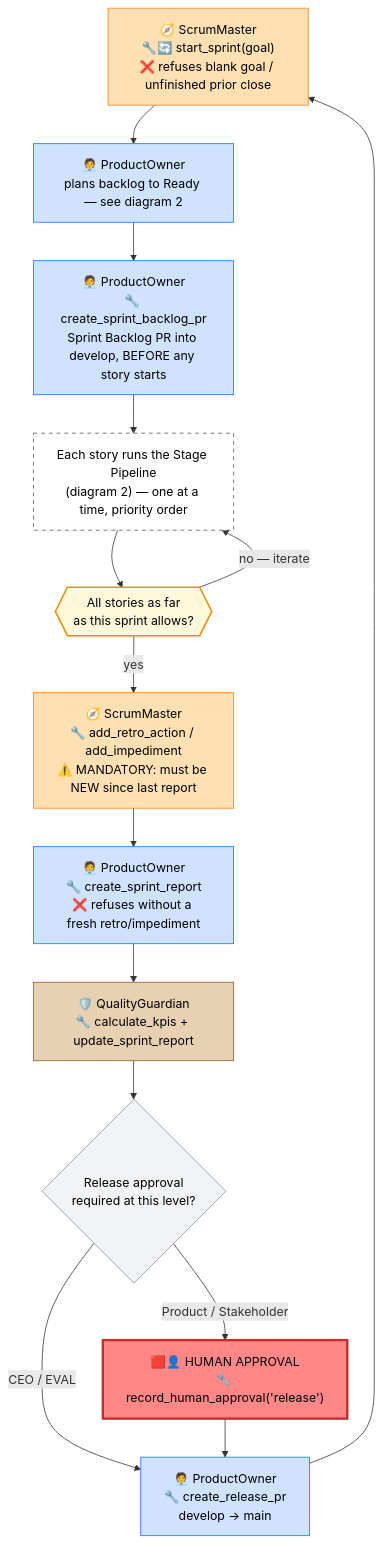
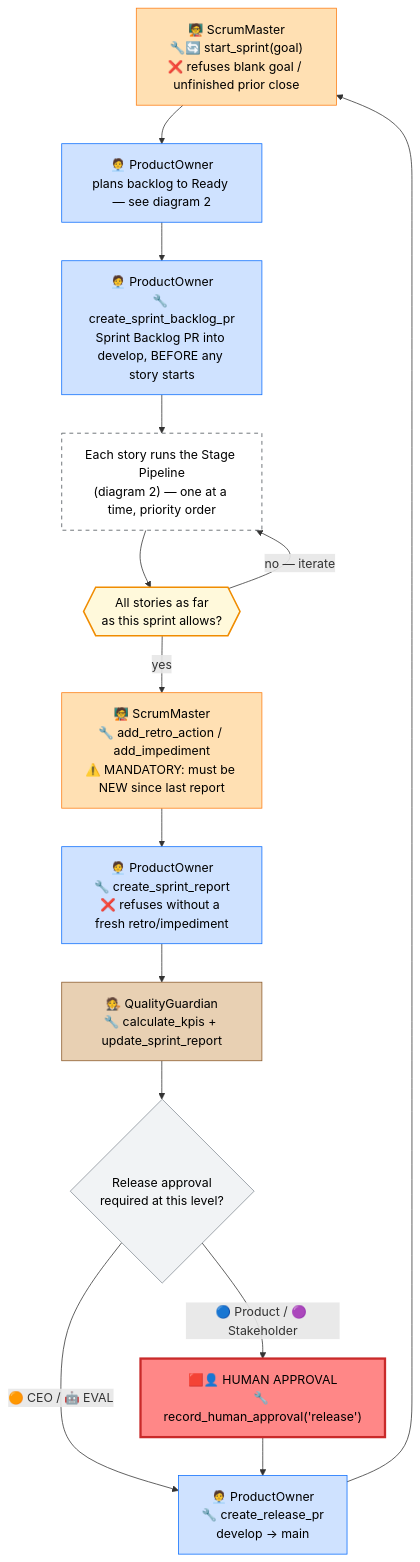
Before and after one commit to CI-Till-Krempel/Horseless-Carriage: the first of 2 diagrams in docs/DEVELOPMENT-WORKFLOW.md, drawn with Mermaid. The commit also changed other lines of this file, not shown here.

````diff
--- a/docs/DEVELOPMENT-WORKFLOW.md
+++ b/docs/DEVELOPMENT-WORKFLOW.md
@@ -38,27 +48,27 @@
 ```mermaid
 flowchart TD
-    A["🧭 ScrumMaster\n🔧🔄 start_sprint(goal)\n❌ refuses blank goal / unfinished prior close"]:::sm --> B["🧑‍💼 ProductOwner\nplans backlog to Ready — see diagram 2"]:::po
+    A["🧑‍🏫 ScrumMaster\n🔧🔄 start_sprint(goal)\n❌ refuses blank goal / unfinished prior close"]:::sm --> B["🧑‍💼 ProductOwner\nplans backlog to Ready — see diagram 2"]:::po
     B --> C["🧑‍💼 ProductOwner\n🔧 create_sprint_backlog_pr\nSprint Backlog PR into develop, BEFORE any story starts"]:::po
     C --> D["Each story runs the Stage Pipeline\n(diagram 2) — one at a time, priority order"]:::multi
     D --> E{{"All stories as far\nas this sprint allows?"}}:::loop
     E -- "no — iterate" --> D
-    E -- yes --> F["🧭 ScrumMaster\n🔧 add_retro_action / add_impediment\n⚠️ MANDATORY: must be NEW since last report"]:::sm
+    E -- yes --> F["🧑‍🏫 ScrumMaster\n🔧 add_retro_action / add_impediment\n⚠️ MANDATORY: must be NEW since last report"]:::sm
     F --> G["🧑‍💼 ProductOwner\n🔧 create_sprint_report\n❌ refuses without a fresh retro/impediment"]:::po
-    G --> H["🛡️ QualityGuardian\n🔧 calculate_kpis + update_sprint_report"]:::qg
+    G --> H["🧑‍⚖️ QualityGuardian\n🔧 calculate_kpis + update_sprint_report"]:::qg
     H --> I{"Release approval\nrequired at this level?"}:::gate
-    I -- "Product / Stakeholder" --> J["🟥👤 HUMAN APPROVAL\n🔧 record_human_approval('release')"]:::human
-    I -- "CEO / EVAL" --> K
+    I -- "🔵 Product / 🟣 Stakeholder" --> J["🟥👤 HUMAN APPROVAL\n🔧 record_human_approval('release')"]:::human
+    I -- "🟠 CEO / 🤖 EVAL" --> K
     J --> K["🧑‍💼 ProductOwner\n🔧 create_release_pr\ndevelop → main"]:::po
     K --> A
 
     classDef po fill:#cfe2ff,stroke:#0d6efd,color:#000
     classDef sm fill:#ffe0b3,stroke:#fd7e14,color:#000
     classDef dev fill:#d1f7d6,stroke:#198754,color:#000
     classDef arch fill:#e6d9f7,stroke:#6f42c1,color:#000
     classDef qa fill:#fff3b0,stroke:#e0b400,color:#000
     classDef qg fill:#e8d0b3,stroke:#8b5a2b,color:#000
     classDef human fill:#ff8787,stroke:#c92a2a,stroke-width:3px,color:#000
     classDef gate fill:#f1f3f5,stroke:#868e96,color:#000
     classDef multi fill:#ffffff,stroke:#495057,stroke-dasharray: 5 5,color:#000
     classDef loop fill:#fff9db,stroke:#f08c00,stroke-width:2px,color:#000
 ```
````
